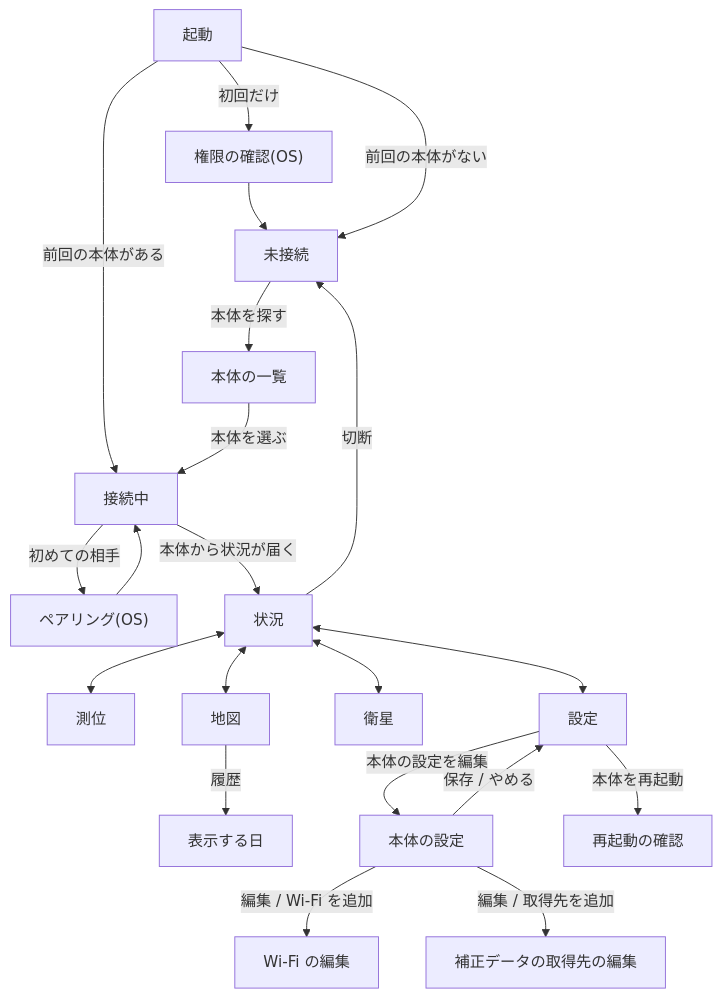
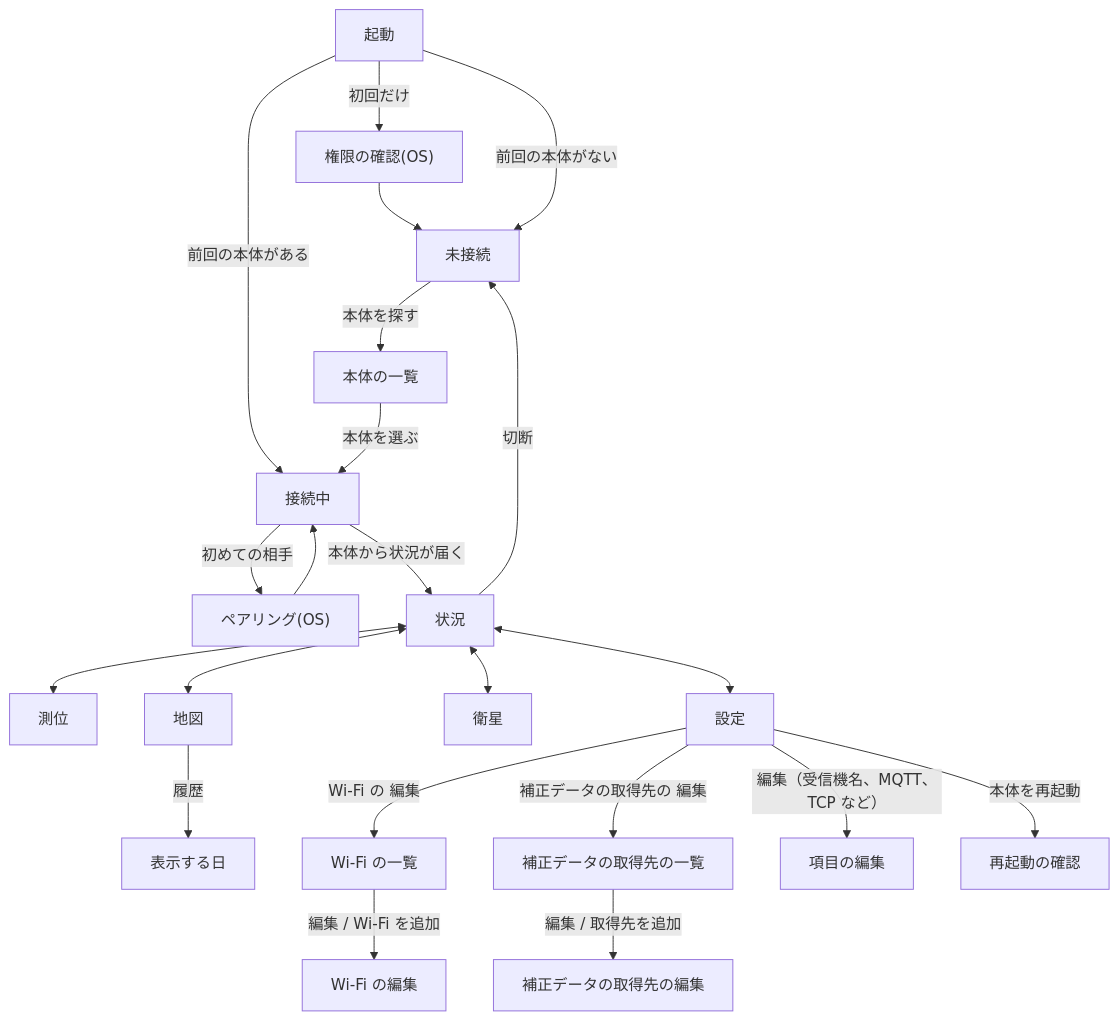
The diagram in docs/screens-android.md (barikan/m5f9p-s3-rover), drawn with Mermaid before and after one commit. The commit also changed other lines of this file and 23 other files, not shown here.

````diff
--- a/docs/screens-android.md
+++ b/docs/screens-android.md
@@ -20,27 +20,28 @@
 ```mermaid
 flowchart TD
     Launch["起動"] -- "初回だけ" --> Perm["権限の確認(OS)"]
     Perm --> Start["未接続"]
     Launch -- "前回の本体がある" --> Connecting["接続中"]
     Launch -- "前回の本体がない" --> Start
 
     Start -- "本体を探す" --> List["本体の一覧"]
     List -- "本体を選ぶ" --> Connecting
     Connecting -- "初めての相手" --> Pair["ペアリング(OS)"]
     Pair --> Connecting
     Connecting -- "本体から状況が届く" --> Status["状況"]
 
     Status <--> Live["測位"]
     Status <--> Map["地図"]
     Status <--> Sats["衛星"]
     Status <--> Settings["設定"]
 
     Map -- "履歴" --> Days["表示する日"]
-    Settings -- "本体の設定を編集" --> Config["本体の設定"]
-    Config -- "編集 / Wi-Fi を追加" --> WifiEdit["Wi-Fi の編集"]
-    Config -- "編集 / 取得先を追加" --> SourceEdit["補正データの取得先の編集"]
-    Config -- "保存 / やめる" --> Settings
+    Settings -- "Wi-Fi の 編集" --> WifiList["Wi-Fi の一覧"]
+    WifiList -- "編集 / Wi-Fi を追加" --> WifiEdit["Wi-Fi の編集"]
+    Settings -- "補正データの取得先の 編集" --> SourceList["補正データの取得先の一覧"]
+    SourceList -- "編集 / 取得先を追加" --> SourceEdit["補正データの取得先の編集"]
+    Settings -- "編集（受信機名、MQTT、TCP など）" --> GroupEdit["項目の編集"]
     Settings -- "本体を再起動" --> Restart["再起動の確認"]
 
     Status -- "切断" --> Start
 ```
````
